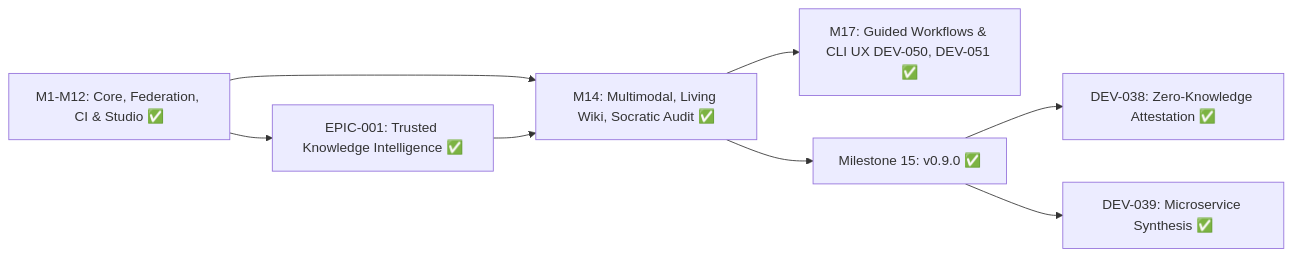
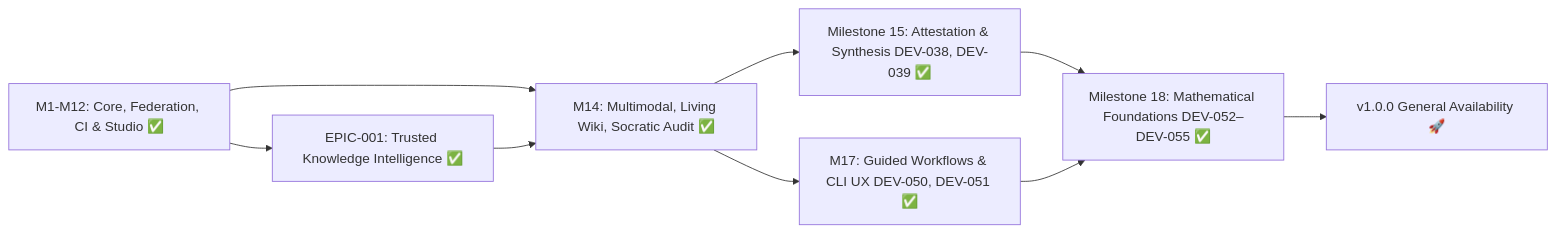
One commit to sky2464/Agtoosa2 changed the diagram in docs/Master-Plan.md. Above: the diagram before and after it, drawn with Mermaid. The commit also changed other lines of this file and 60 other files, not shown here.

````diff
--- a/docs/Master-Plan.md
+++ b/docs/Master-Plan.md
@@ -93,10 +108,11 @@
 ```mermaid
 flowchart LR
     M1[M1-M12: Core, Federation, CI & Studio ✅] --> M14[M14: Multimodal, Living Wiki, Socratic Audit ✅]
     M1 --> EPIC1[EPIC-001: Trusted Knowledge Intelligence ✅]
     EPIC1 --> M14
     M14 --> M17[M17: Guided Workflows & CLI UX DEV-050, DEV-051 ✅]
-    M14 --> M15[Milestone 15: v0.9.0 ✅]
-    M15 --> S38[DEV-038: Zero-Knowledge Attestation ✅]
-    M15 --> S39[DEV-039: Microservice Synthesis ✅]
+    M14 --> M15[Milestone 15: Attestation & Synthesis DEV-038, DEV-039 ✅]
+    M15 --> M18[Milestone 18: Mathematical Foundations DEV-052–DEV-055 ✅]
+    M17 --> M18
+    M18 --> MGA[v1.0.0 General Availability 🚀]
 ```
````
